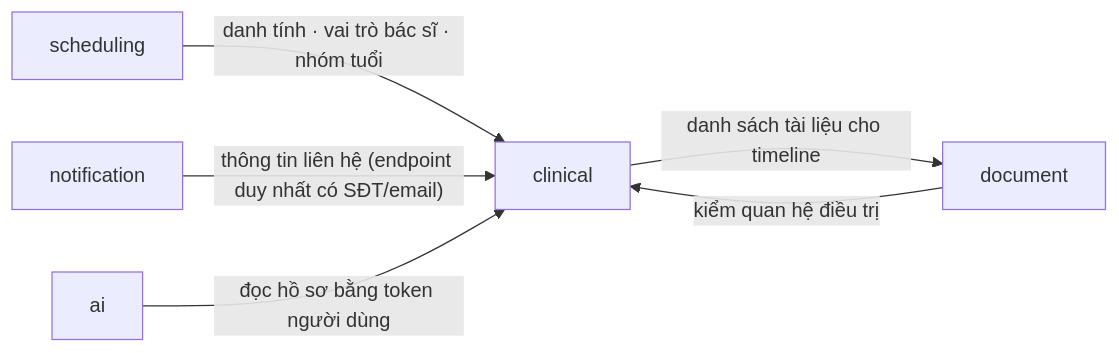
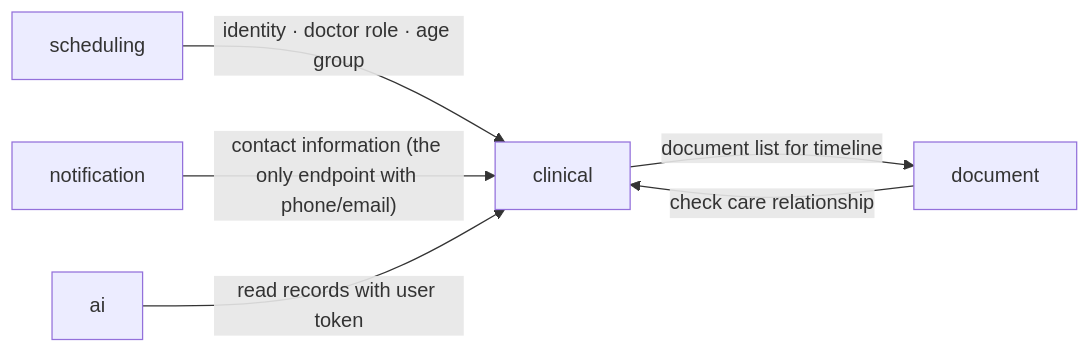
Before and after one commit to viethung12062005/smart-hospital-platform: the third of 5 diagrams in docs/03-architecture/overview.md, drawn with Mermaid. The commit also changed other lines of this file and 346 other files, not shown here.

````diff
--- a/docs/03-architecture/overview.md
+++ b/docs/03-architecture/overview.md
@@ -170,8 +170,8 @@
 ```mermaid
 flowchart LR
-  SCH["scheduling"] -- "danh tính · vai trò bác sĩ · nhóm tuổi" --> CLI["clinical"]
-  NTF["notification"] -- "thông tin liên hệ (endpoint duy nhất có SĐT/email)" --> CLI
-  DOC["document"] -- "kiểm quan hệ điều trị" --> CLI
-  AI["ai"] -- "đọc hồ sơ bằng token người dùng" --> CLI
-  CLI -- "danh sách tài liệu cho timeline" --> DOC
+  SCH["scheduling"] -- "identity · doctor role · age group" --> CLI["clinical"]
+  NTF["notification"] -- "contact information (the only endpoint with phone/email)" --> CLI
+  DOC["document"] -- "check care relationship" --> CLI
+  AI["ai"] -- "read records with user token" --> CLI
+  CLI -- "document list for timeline" --> DOC
 ```
````
